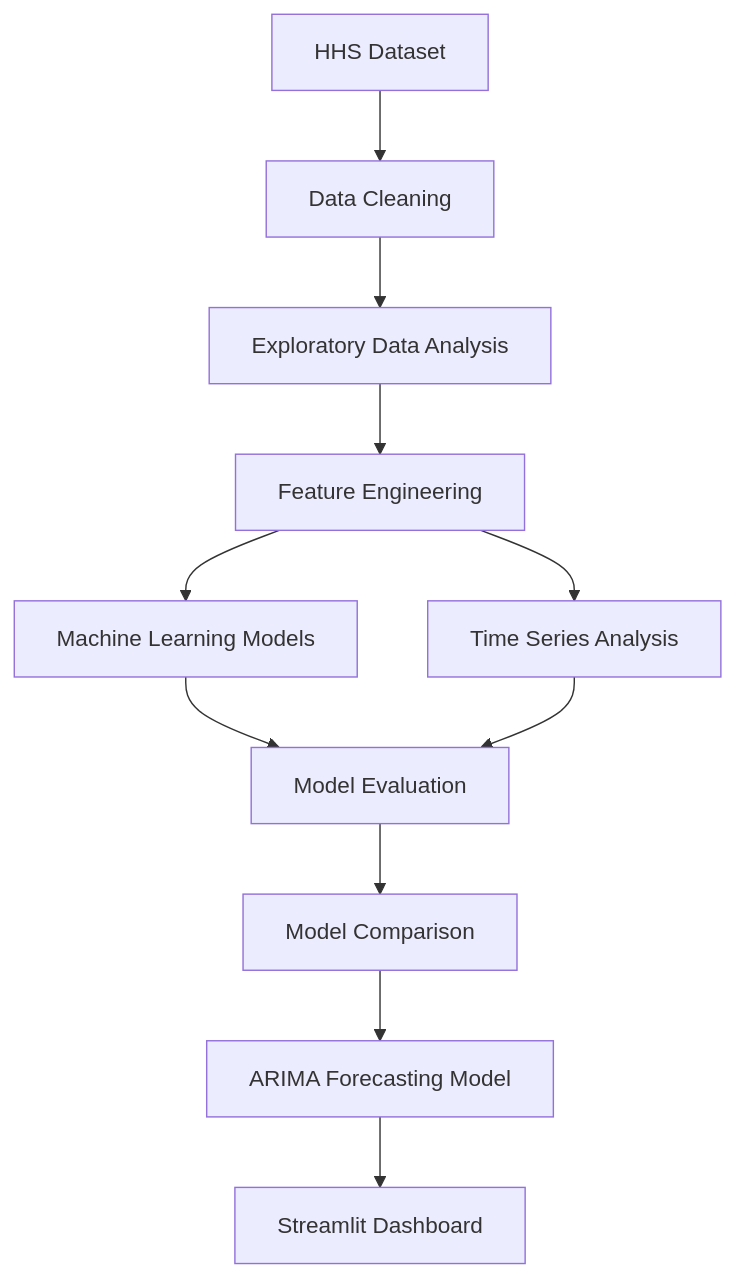
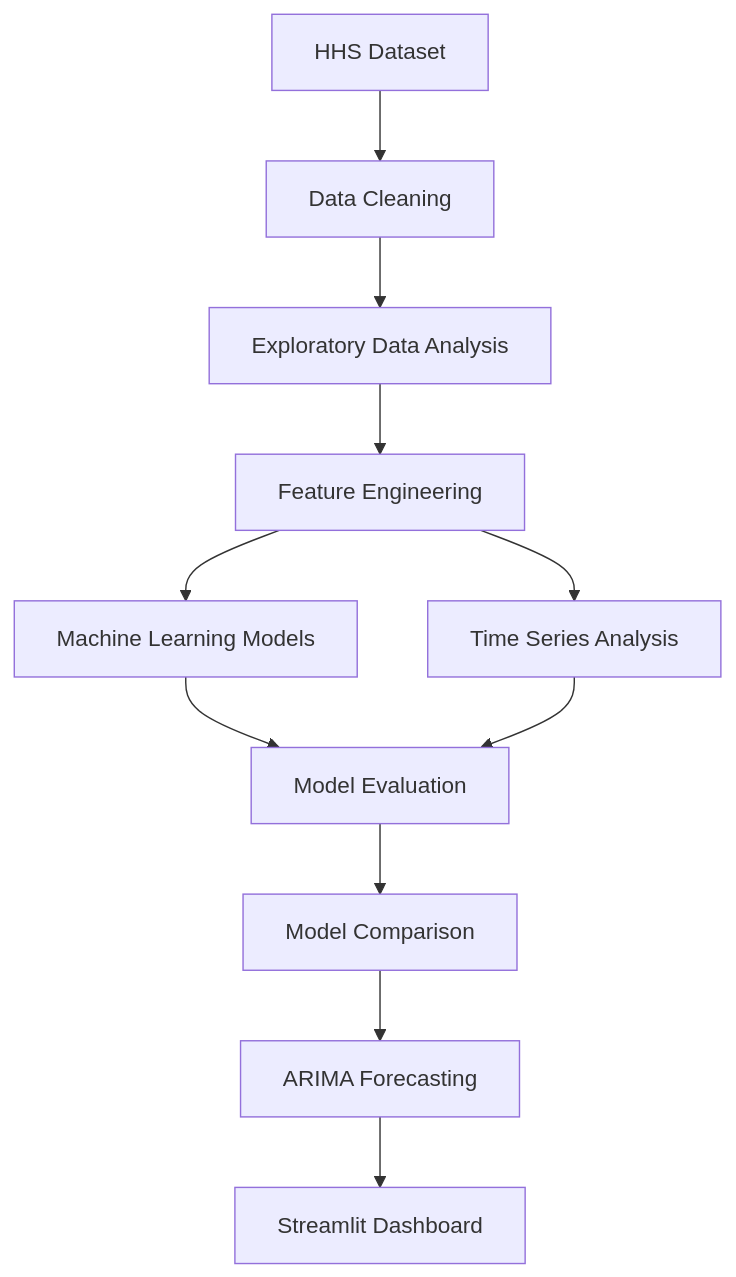
One commit to manmeetmanchanda10016/Care-Transition-Analytics changed the first of 2 diagrams in README.md. Above: the diagram before and after it, drawn with Mermaid. The commit also changed other lines of this file, not shown here.

````diff
--- a/README.md
+++ b/README.md
@@ -95,13 +100,13 @@
 ```mermaid
 flowchart TD
-    A[HHS Dataset] --> B[Data Cleaning]
-    B --> C[Exploratory Data Analysis]
-    C --> D[Feature Engineering]
-    D --> E[Machine Learning Models]
-    D --> F[Time Series Analysis]
-    E --> G[Model Evaluation]
+    A["HHS Dataset"] --> B["Data Cleaning"]
+    B --> C["Exploratory Data Analysis"]
+    C --> D["Feature Engineering"]
+    D --> E["Machine Learning Models"]
+    D --> F["Time Series Analysis"]
+    E --> G["Model Evaluation"]
     F --> G
-    G --> H[Model Comparison]
-    H --> I[ARIMA Forecasting Model]
-    I --> J[Streamlit Dashboard]
+    G --> H["Model Comparison"]
+    H --> I["ARIMA Forecasting"]
+    I --> J["Streamlit Dashboard"]
 ```
````
